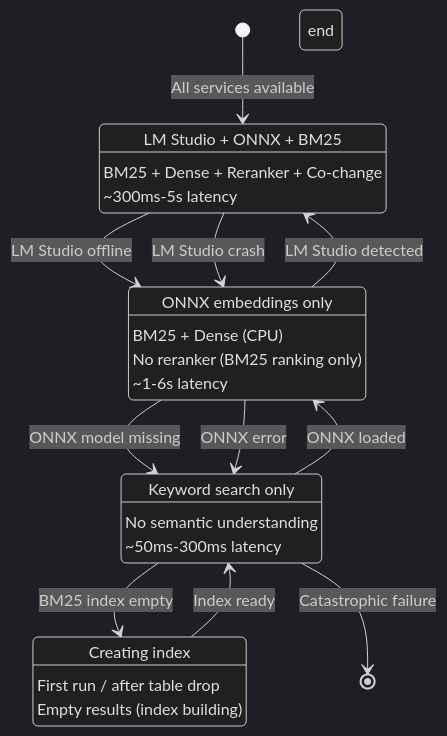
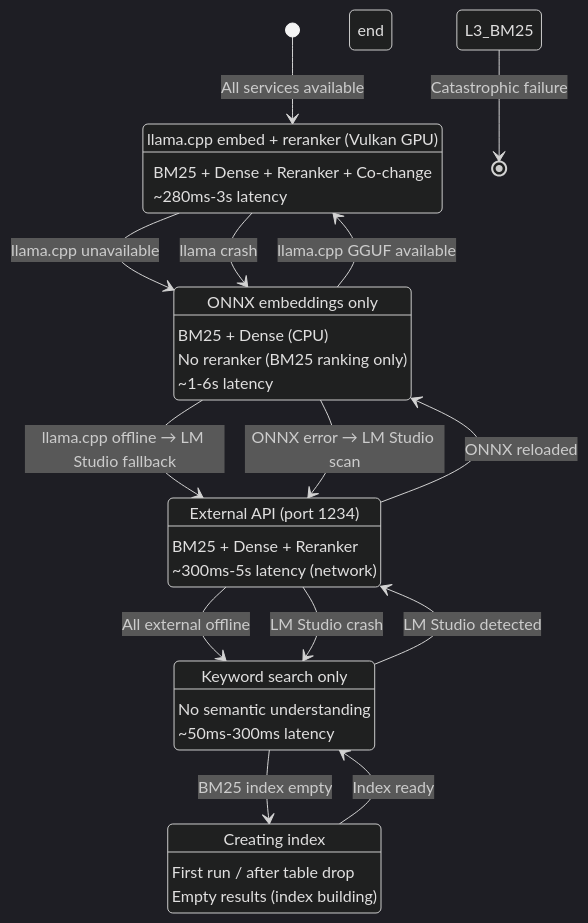
The first of 3 diagrams in docs/en/GRACEFUL_DEGRADATION.md (ManSio/mscodebase-intelligence), drawn with Mermaid (dark theme) before and after one commit. The commit also changed other lines of this file and 58 other files, not shown here.

First line of the commit message:
v2.7.1: SQLite cache, index status fix, full docs sync

````diff
--- a/docs/en/GRACEFUL_DEGRADATION.md
+++ b/docs/en/GRACEFUL_DEGRADATION.md
@@ -10,43 +10,53 @@
 ```mermaid
 stateDiagram-v2
-    [*] --> L1_Full: All services available
+    [*] --> L1_LLAMA: All services available
     
-    state L1_Full[Level 1: Full Pipeline]
-        L1_Full: LM Studio + ONNX + BM25
-        L1_Full: BM25 + Dense + Reranker + Co-change
-        L1_Full: ~300ms-5s latency
+    state L1_LLAMA[Level 1: llama.cpp GGUF (GPU)]
+        L1_LLAMA: llama.cpp embed + reranker (Vulkan GPU)
+        L1_LLAMA: BM25 + Dense + Reranker + Co-change
+        L1_LLAMA: ~280ms-3s latency
     end
     
-    L1_Full --> L2_ONNX: LM Studio offline
+    L1_LLAMA --> L2_ONNX: llama.cpp unavailable
     
-    state L2_ONNX[Level 2: ONNX Runtime]
+    state L2_ONNX[Level 2: ONNX Runtime (CPU)]
         L2_ONNX: ONNX embeddings only
         L2_ONNX: BM25 + Dense (CPU)
         L2_ONNX: No reranker (BM25 ranking only)
         L2_ONNX: ~1-6s latency
     end
     
-    L2_ONNX --> L3_BM25: ONNX model missing
+    L2_ONNX --> L3_LM: llama.cpp offline → LM Studio fallback
     
-    state L3_BM25[Level 3: BM25 Only]
-        L3_BM25: Keyword search only
-        L3_BM25: No semantic understanding
-        L3_BM25: ~50ms-300ms latency
+    state L3_LM[Level 3: LM Studio (remote)]
+        L3_LM: External API (port 1234)
+        L3_LM: BM25 + Dense + Reranker
+        L3_LM: ~300ms-5s latency (network)
     end
     
-    L3_BM25 --> L4_Fallback: BM25 index empty
+    L3_LM --> L4_BM25: All external offline
     
-    state L4_Fallback[Level 4: Fallback]
-        L4_Fallback: Creating index
-        L4_Fallback: First run / after table drop
-        L4_Fallback: Empty results (index building)
+    state L4_BM25[Level 4: BM25 Only]
+        L4_BM25: Keyword search only
+        L4_BM25: No semantic understanding
+        L4_BM25: ~50ms-300ms latency
     end
     
-    L4_Fallback --> L3_BM25: Index ready
-    L3_BM25 --> L2_ONNX: ONNX loaded
-    L2_ONNX --> L1_Full: LM Studio detected
+    L4_BM25 --> L5_Fallback: BM25 index empty
     
-    L1_Full --> L2_ONNX: LM Studio crash
-    L2_ONNX --> L3_BM25: ONNX error
+    state L5_Fallback[Level 5: Fallback]
+        L5_Fallback: Creating index
+        L5_Fallback: First run / after table drop
+        L5_Fallback: Empty results (index building)
+    end
+    
+    L5_Fallback --> L4_BM25: Index ready
+    L4_BM25 --> L3_LM: LM Studio detected
+    L3_LM --> L2_ONNX: ONNX reloaded
+    L2_ONNX --> L1_LLAMA: llama.cpp GGUF available
+    
+    L1_LLAMA --> L2_ONNX: llama crash
+    L2_ONNX --> L3_LM: ONNX error → LM Studio scan
+    L3_LM --> L4_BM25: LM Studio crash
     L3_BM25 --> [*]: Catastrophic failure
 ```
````
